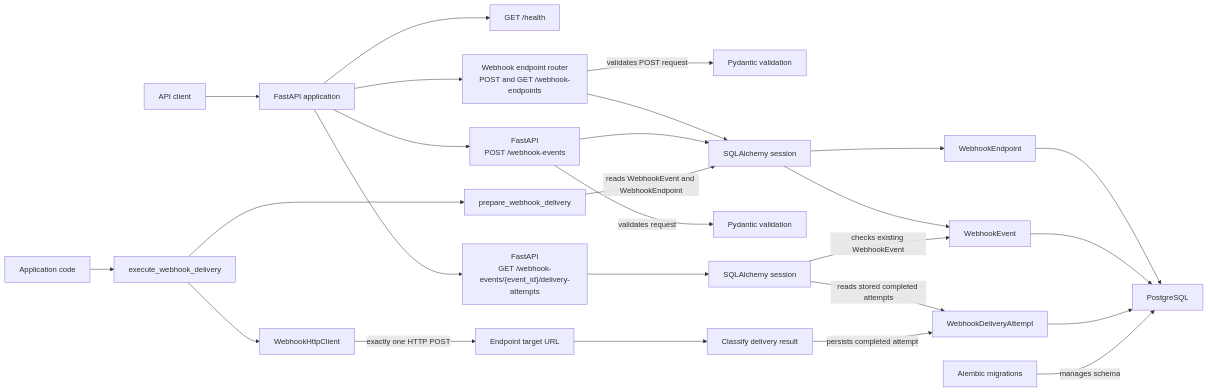
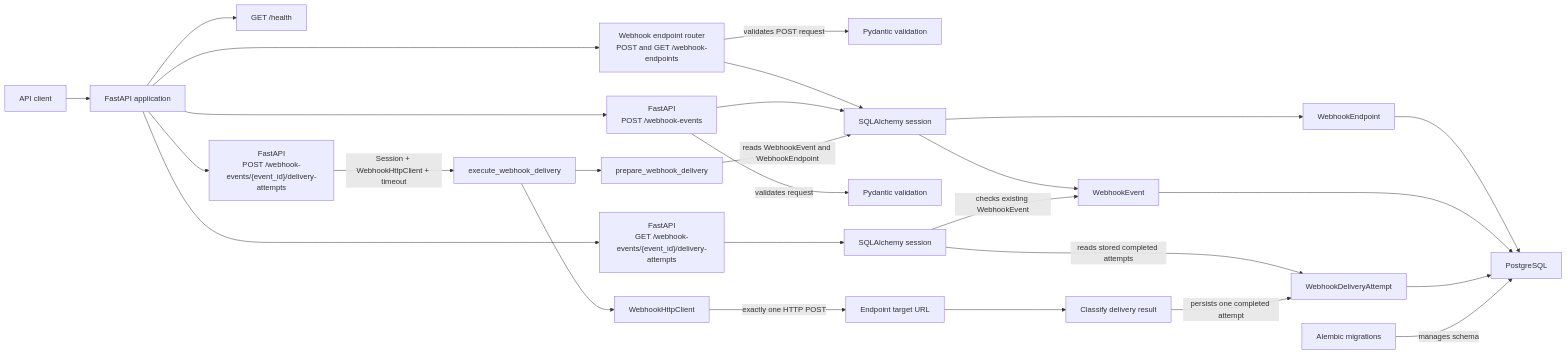
Before and after one commit to lukaszj321/reliable-webhook-service: the diagram in README.md, drawn with Mermaid. The commit also changed other lines of this file and 5 other files, not shown here.

Commit message:
docs: document manual webhook delivery API

````diff
--- a/README.md
+++ b/README.md
@@ -67,28 +72,29 @@
 ```mermaid
 flowchart LR
     Client["API client"] --> App["FastAPI application"]
     App --> Health["GET /health"]
     App --> Router["Webhook endpoint router<br/>POST and GET /webhook-endpoints"]
     Router -->|"validates POST request"| Validation["Pydantic validation"]
     Router --> Session["SQLAlchemy session"]
     Session --> Endpoint["WebhookEndpoint"]
     Endpoint --> PostgreSQL["PostgreSQL"]
     App --> EventAPI["FastAPI<br/>POST /webhook-events"]
     EventAPI -->|"validates request"| EventValidation["Pydantic validation"]
     EventAPI --> Session
     Session --> Event["WebhookEvent"]
     Event --> PostgreSQL
-    App --> AttemptAPI["FastAPI<br/>GET /webhook-events/{event_id}/delivery-attempts"]
-    AttemptAPI --> AttemptSession["SQLAlchemy session"]
+    App --> AttemptPOST["FastAPI<br/>POST /webhook-events/{event_id}/delivery-attempts"]
+    AttemptPOST -->|"Session + WebhookHttpClient + timeout"| Execute["execute_webhook_delivery"]
+    App --> AttemptGET["FastAPI<br/>GET /webhook-events/{event_id}/delivery-attempts"]
+    AttemptGET --> AttemptSession["SQLAlchemy session"]
     AttemptSession -->|"checks existing WebhookEvent"| Event
     AttemptSession -->|"reads stored completed attempts"| Attempt["WebhookDeliveryAttempt"]
     Attempt --> PostgreSQL
-    ApplicationCode["Application code"] --> Execute["execute_webhook_delivery"]
     Execute --> Prepare["prepare_webhook_delivery"]
     Prepare -->|"reads WebhookEvent and WebhookEndpoint"| Session
     Execute --> HTTPClient["WebhookHttpClient"]
     HTTPClient -->|"exactly one HTTP POST"| Target["Endpoint target URL"]
     Target --> Classification["Classify delivery result"]
-    Classification -->|"persists completed attempt"| Attempt
+    Classification -->|"persists one completed attempt"| Attempt
     Migrations["Alembic migrations"] -->|"manages schema"| PostgreSQL
 ```
````
